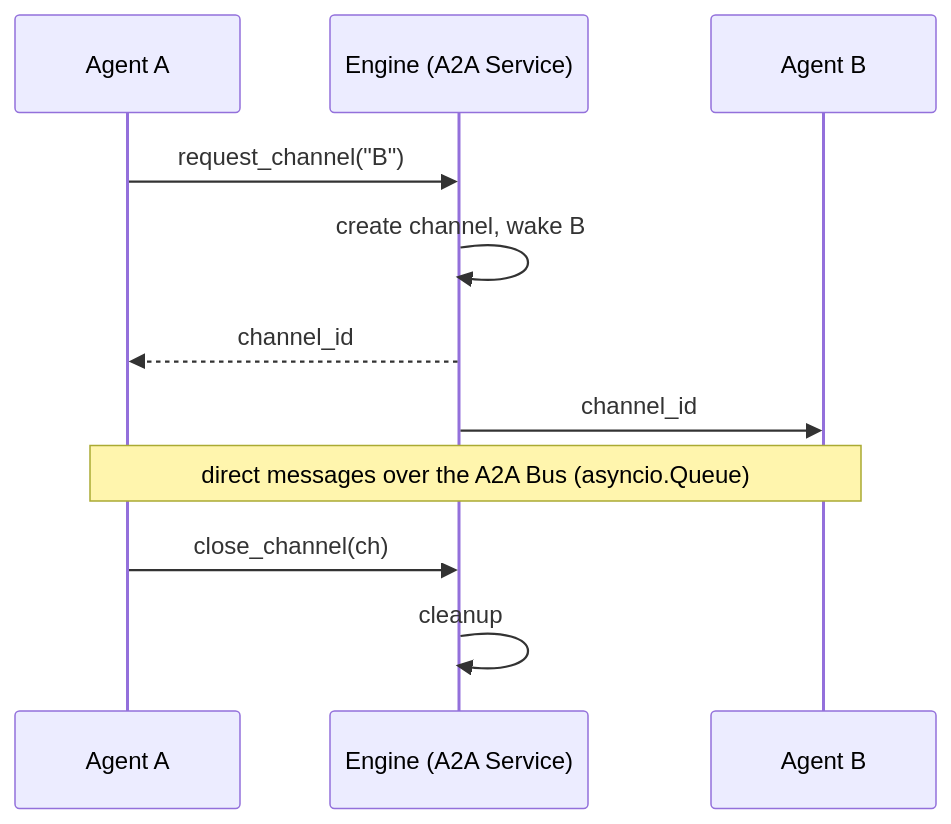
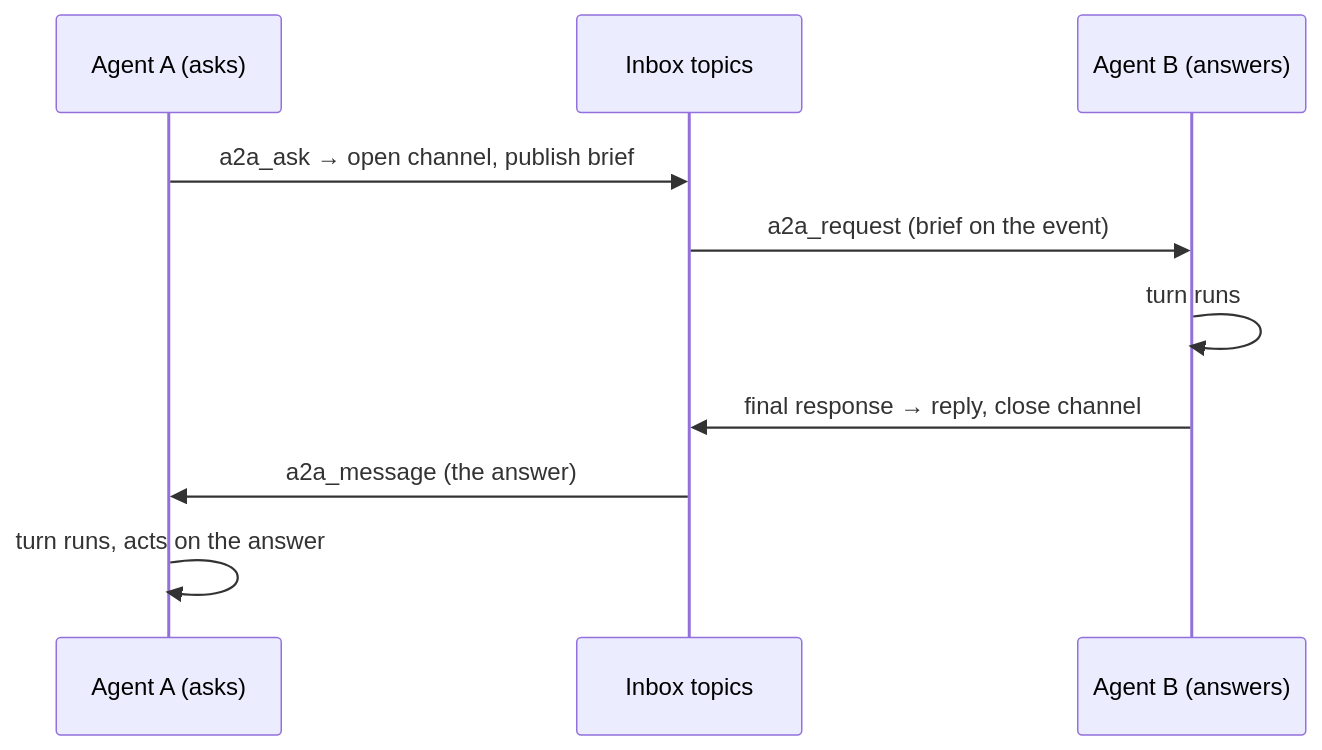
Before and after one commit to crewlet/crewlet: the third of 3 diagrams in docs/concepts/event-system.md, drawn with Mermaid. The commit also changed other lines of this file and 34 other files, not shown here.

````diff
--- a/docs/concepts/event-system.md
+++ b/docs/concepts/event-system.md
@@ -225,13 +227,12 @@
 ```mermaid
 sequenceDiagram
-    participant A as Agent A
-    participant E as Engine (A2A Service)
-    participant B as Agent B
-    A->>E: request_channel("B")
-    E->>E: create channel, wake B
-    E-->>A: channel_id
-    E->>B: channel_id
-    Note over A,B: direct messages over the A2A Bus (asyncio.Queue)
-    A->>E: close_channel(ch)
-    E->>E: cleanup
+    participant A as Agent A (asks)
+    participant Q as Inbox topics
+    participant B as Agent B (answers)
+    A->>Q: a2a_ask → open channel, publish brief
+    Q->>B: a2a_request (brief on the event)
+    B->>B: turn runs
+    B->>Q: final response → reply, close channel
+    Q->>A: a2a_message (the answer)
+    A->>A: turn runs, acts on the answer
 ```
````
